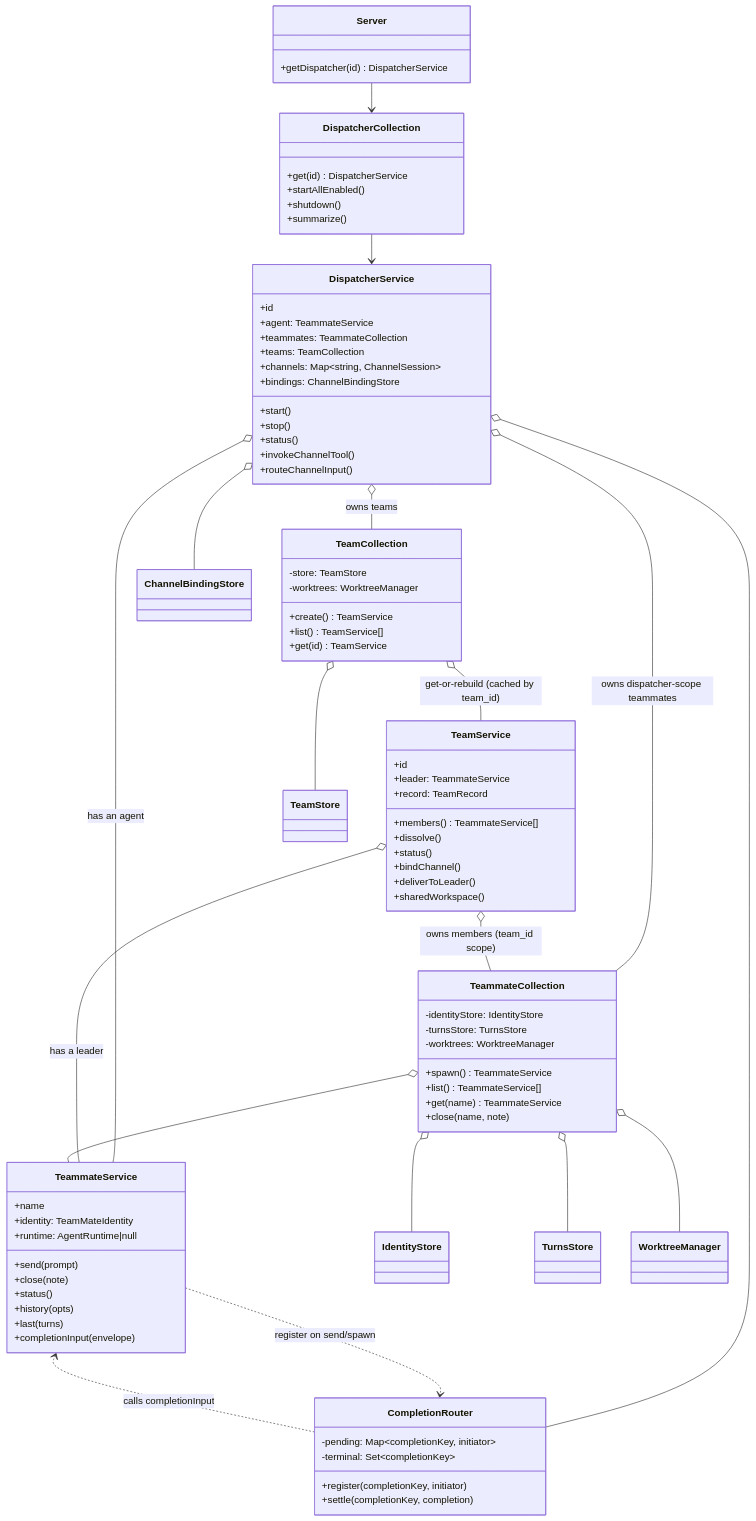
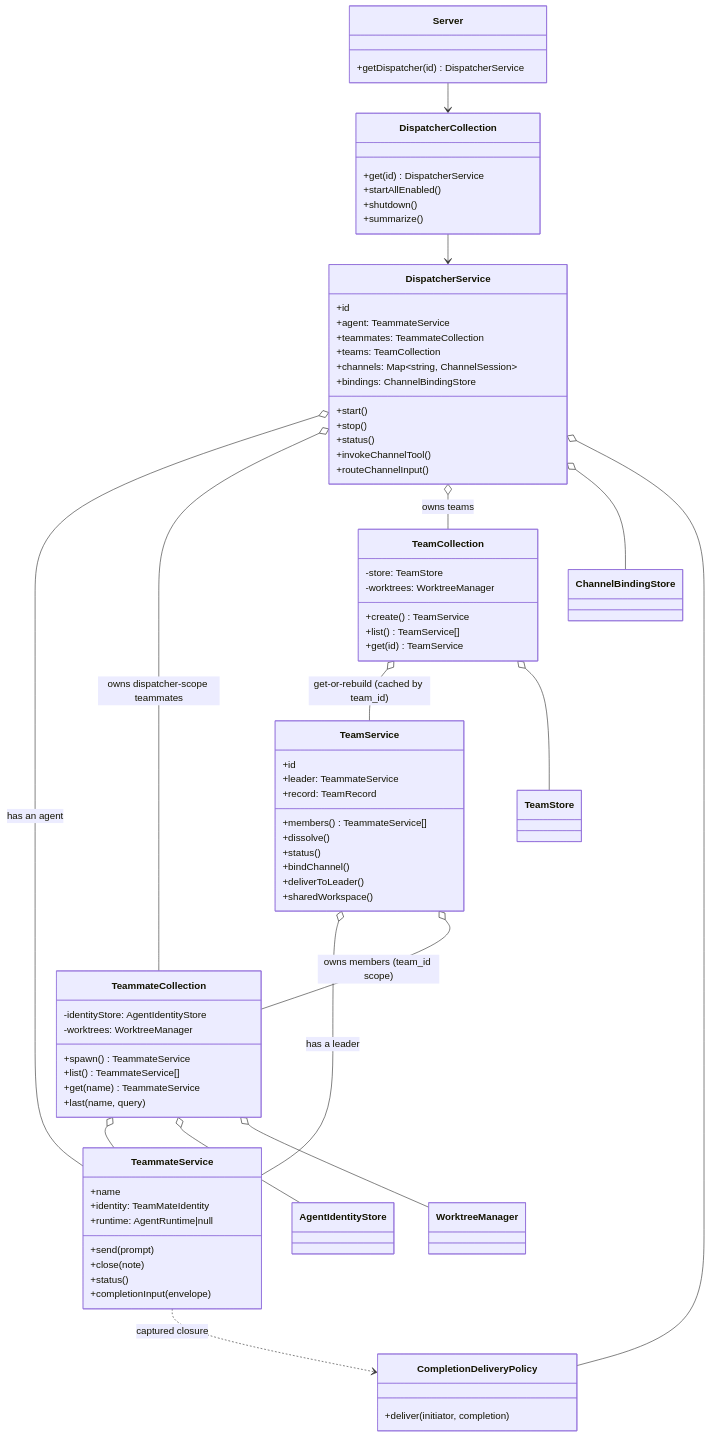
Before and after one commit to excitedjs/dreamux: the diagram in .agents/decisions/service-architecture-refactor.md, drawn with Mermaid. The commit also changed other lines of this file and 138 other files, not shown here.

````diff
--- a/.agents/decisions/service-architecture-refactor.md
+++ b/.agents/decisions/service-architecture-refactor.md
@@ -198,9 +204,8 @@
         +spawn() TeammateService
         +list() TeammateService[]
         +get(name) TeammateService
-        +close(name, note)
-        -identityStore: IdentityStore
-        -turnsStore: TurnsStore
+        +last(name, query)
+        -identityStore: AgentIdentityStore
         -worktrees: WorktreeManager
     }
     class TeammateService {
@@ -210,20 +215,14 @@
         +send(prompt)
         +close(note)
         +status()
-        +history(opts)
-        +last(turns)
         +completionInput(envelope)
     }
     class ChannelBindingStore
     class TeamStore
-    class IdentityStore
-    class TurnsStore
+    class AgentIdentityStore
     class WorktreeManager
-    class CompletionRouter {
-        -pending: Map~completionKey, initiator~
-        -terminal: Set~completionKey~
-        +register(completionKey, initiator)
-        +settle(completionKey, completion)
+    class CompletionDeliveryPolicy {
+        +deliver(initiator, completion)
     }
     Server --> DispatcherCollection
     DispatcherCollection --> DispatcherService
@@ -236,10 +235,8 @@
     TeamService o-- TeammateService : has a leader
     TeamService o-- TeammateCollection : owns members (team_id scope)
     TeammateCollection o-- TeammateService
-    TeammateCollection o-- IdentityStore
-    TeammateCollection o-- TurnsStore
+    TeammateCollection o-- AgentIdentityStore
     TeammateCollection o-- WorktreeManager
-    DispatcherService o-- CompletionRouter
-    TeammateService ..> CompletionRouter : register on send/spawn
-    CompletionRouter ..> TeammateService : calls completionInput
+    DispatcherService o-- CompletionDeliveryPolicy
+    TeammateService ..> CompletionDeliveryPolicy : captured closure
 ```
````
